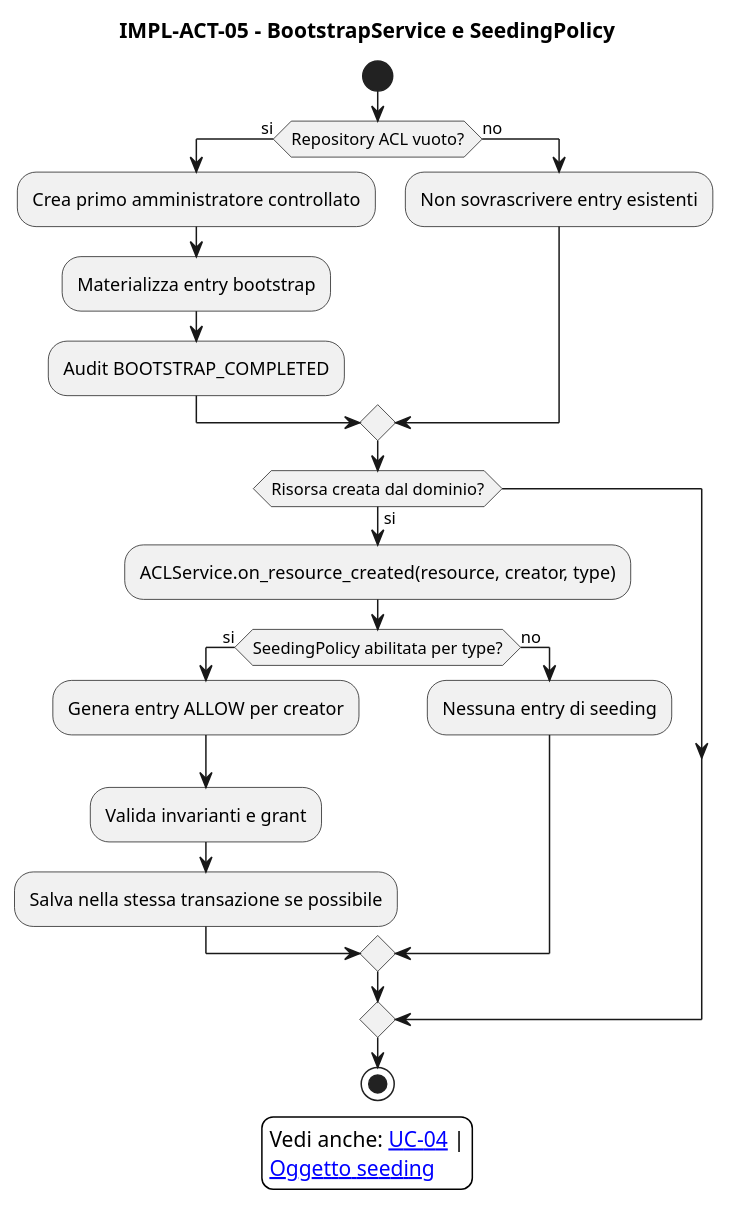
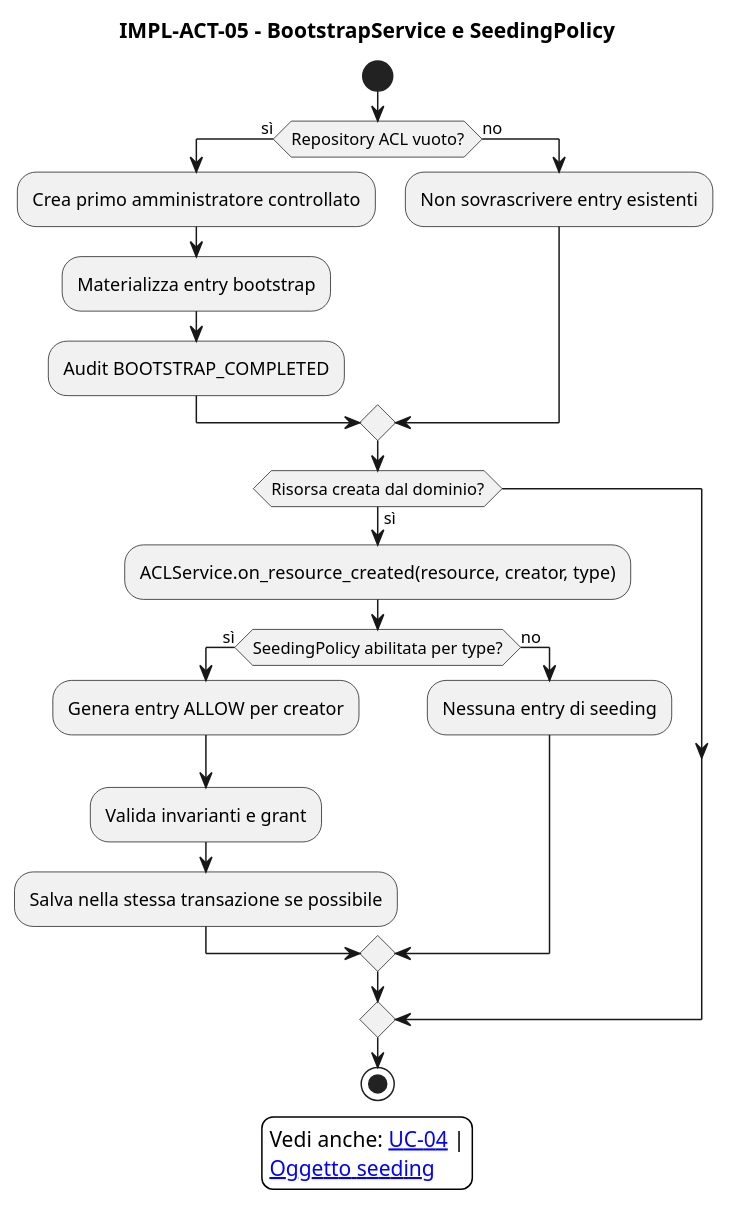
One commit to antlampas/ACL changed the diagram in implementation/attivita/05_bootstrap_seeding.puml. Above: the diagram before and after it, drawn with PlantUML. The commit also changed 38 other files, not shown here.

Commit message:
docs: corretti testi e diagrammi UML

```diff
--- a/implementation/attivita/05_bootstrap_seeding.puml
+++ b/implementation/attivita/05_bootstrap_seeding.puml
@@ -1,39 +1,39 @@
 @startuml impl_act_05_bootstrap_seeding
 ' Title: Sistema ACL - impl_act_05_bootstrap_seeding
 ' Author/Licensor: Francesco
 ' Source: this repository
 ' License: Creative Commons Attribution-ShareAlike 4.0 International
 ' License URL: https://creativecommons.org/licenses/by-sa/4.0/
 ' SPDX-License-Identifier: CC-BY-SA-4.0
 !pragma layout smetana
 skinparam backgroundColor white
 skinparam nodesep 80
 skinparam ranksep 80
 title IMPL-ACT-05 - BootstrapService e SeedingPolicy
 skinparam shadowing false
 
 start
-if (Repository ACL vuoto?) then (si)
+if (Repository ACL vuoto?) then (sì)
   :Crea primo amministratore controllato;
   :Materializza entry bootstrap;
   :Audit BOOTSTRAP_COMPLETED;
 else (no)
   :Non sovrascrivere entry esistenti;
 endif
-if (Risorsa creata dal dominio?) then (si)
+if (Risorsa creata dal dominio?) then (sì)
   :ACLService.on_resource_created(resource, creator, type);
-  if (SeedingPolicy abilitata per type?) then (si)
+  if (SeedingPolicy abilitata per type?) then (sì)
     :Genera entry ALLOW per creator;
     :Valida invarianti e grant;
     :Salva nella stessa transazione se possibile;
   else (no)
     :Nessuna entry di seeding;
   endif
 endif
 stop
 
 legend
   Vedi anche: [[../use%20case/04_bootstrap_seeding.puml UC-04]] |
   [[../oggetti/04_seed_creator.puml Oggetto seeding]]
 endlegend
 @enduml
```
